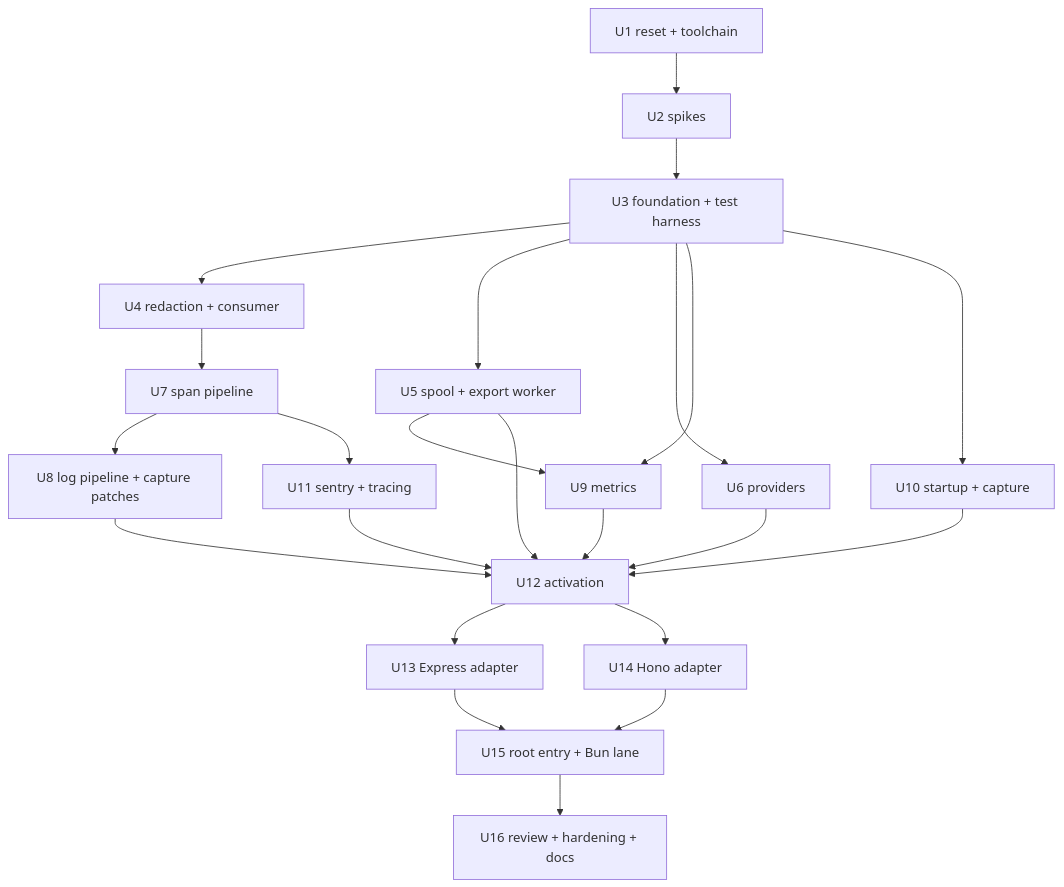
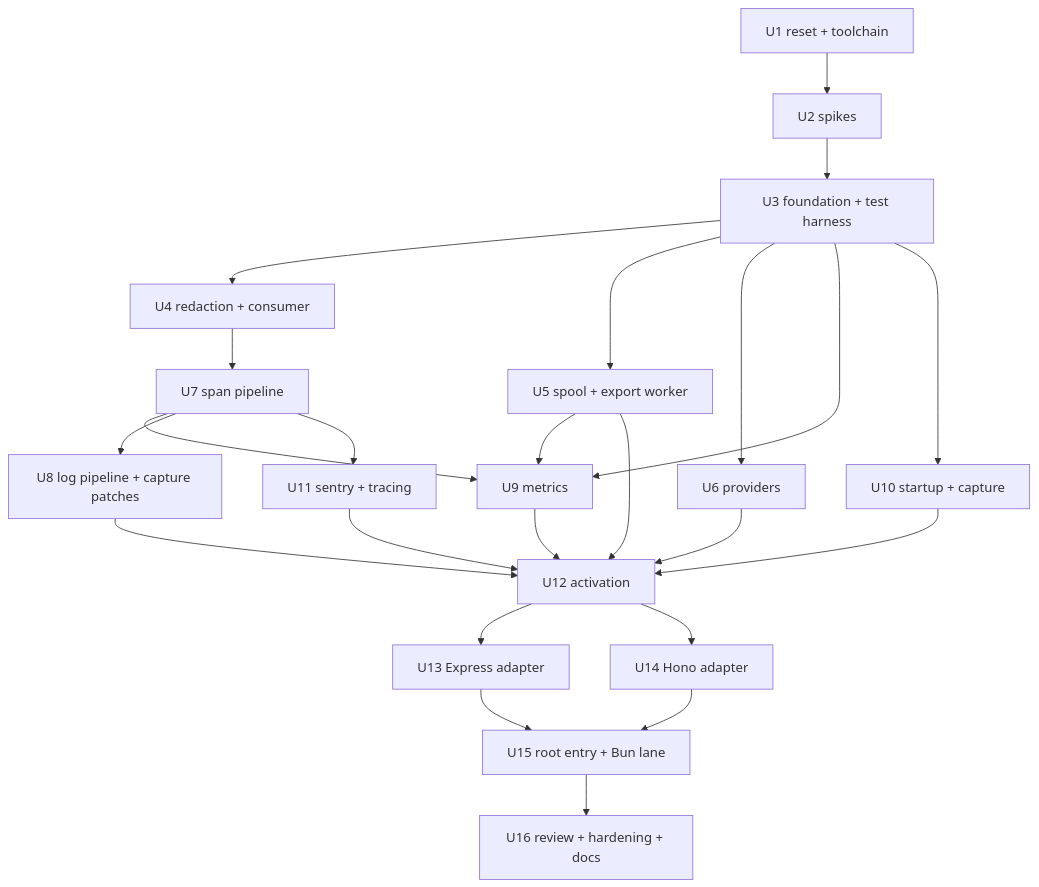
The diagram in v1/plan.md (apitally/apitally-js), drawn with Mermaid before and after one commit. The commit also changed other lines of this file and 1 other file, not shown here.

````diff
--- a/v1/plan.md
+++ b/v1/plan.md
@@ -86,25 +86,26 @@
 ```mermaid
 flowchart TB
   U1[U1 reset + toolchain] --> U2[U2 spikes]
   U2 --> U3[U3 foundation + test harness]
   U3 --> U4[U4 redaction + consumer]
   U3 --> U5[U5 spool + export worker]
   U3 --> U6[U6 providers]
   U3 --> U9[U9 metrics]
   U5 --> U9
+  U7 --> U9
   U3 --> U10[U10 startup + capture]
   U4 --> U7[U7 span pipeline]
   U7 --> U8[U8 log pipeline + capture patches]
   U7 --> U11[U11 sentry + tracing]
   U5 --> U12[U12 activation]
   U6 --> U12
   U8 --> U12
   U9 --> U12
   U10 --> U12
   U11 --> U12
   U12 --> U13[U13 Express adapter]
   U12 --> U14[U14 Hono adapter]
   U13 --> U15[U15 root entry + Bun lane]
   U14 --> U15
   U15 --> U16[U16 review + hardening + docs]
 ```
````
